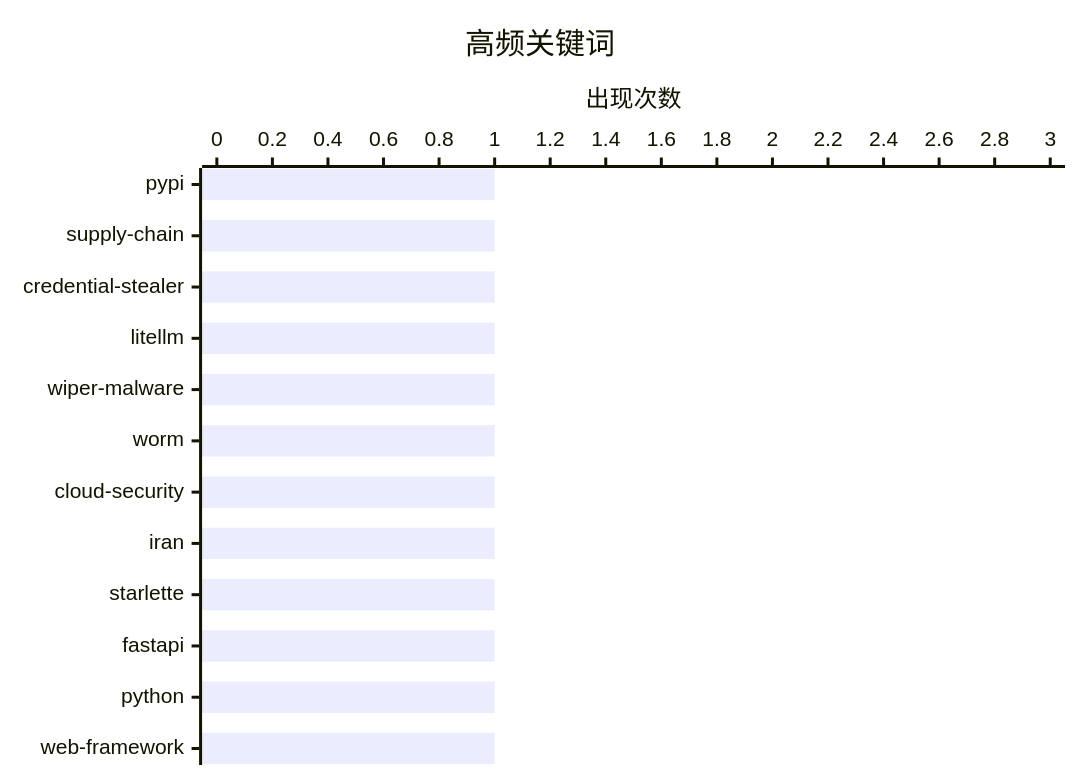
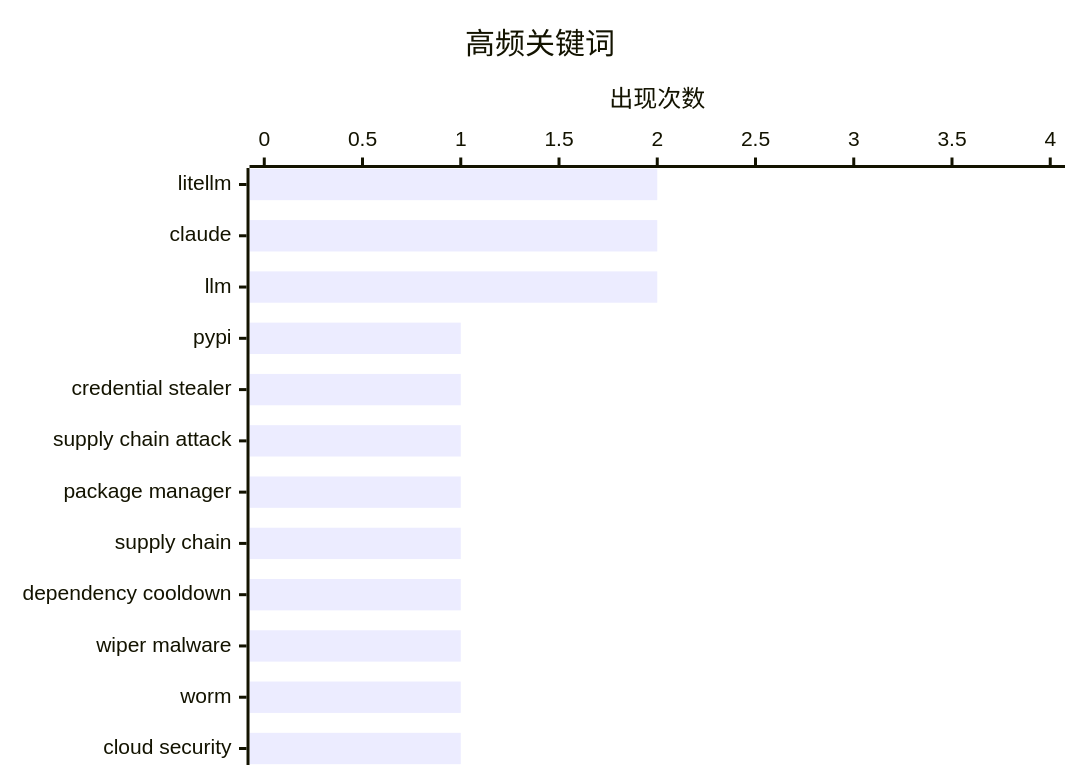
Before and after one commit to originem0/SZBlog: the second of 2 diagrams in content/ai-daily/2026-03-24.md, drawn with Mermaid. The commit also changed other lines of this file, not shown here.

````diff
--- a/content/ai-daily/2026-03-24.md
+++ b/content/ai-daily/2026-03-24.md
@@ -72,7 +71,7 @@
 ```mermaid
 xychart-beta horizontal
     title "高频关键词"
-    x-axis ["pypi", "supply-chain", "credential-stealer", "litellm", "wiper-malware", "worm", "cloud-security", "iran", "starlette", "fastapi", "python", "web-framework"]
-    y-axis "出现次数" 0 --> 3
-    bar [1, 1, 1, 1, 1, 1, 1, 1, 1, 1, 1, 1]
+    x-axis ["litellm", "claude", "llm", "pypi", "credential stealer", "supply chain attack", "package manager", "supply chain", "dependency cooldown", "wiper malware", "worm", "cloud security"]
+    y-axis "出现次数" 0 --> 4
+    bar [2, 2, 2, 1, 1, 1, 1, 1, 1, 1, 1, 1]
 ```
````
